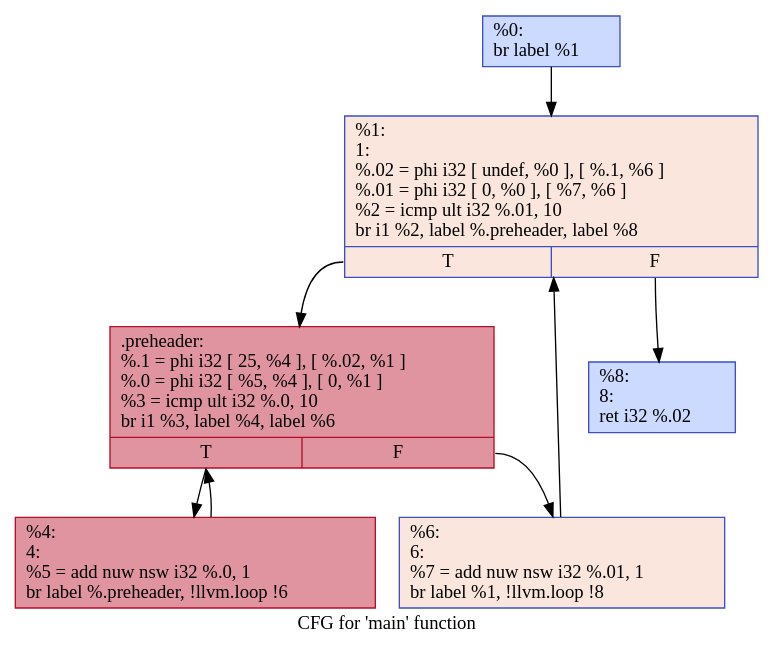
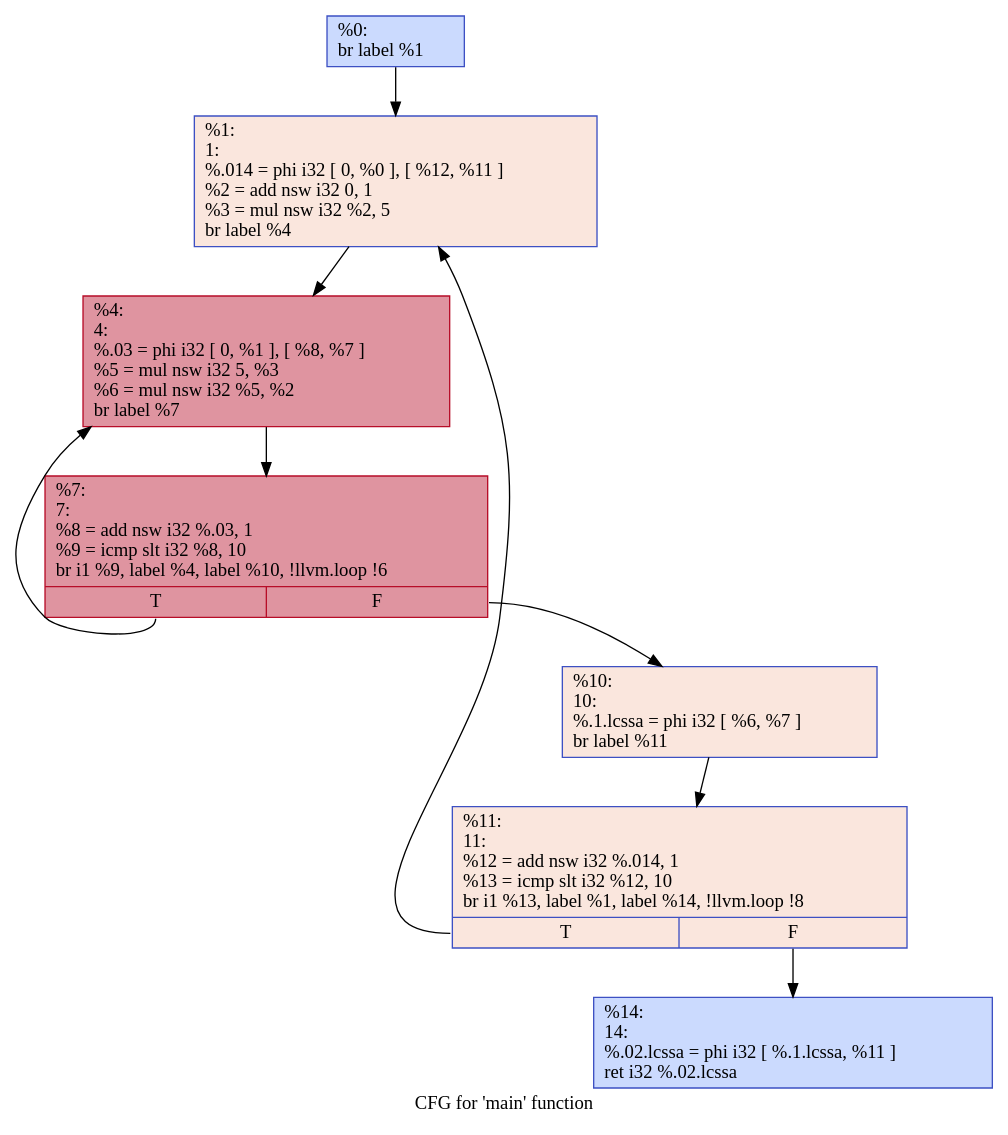
One commit to Slijeff/cs426-mp5 changed the diagram in .main.dot. Above: the diagram before and after it, drawn with Graphviz. The commit also changed 5 other files, not shown here.

```diff
--- a/.main.dot
+++ b/.main.dot
@@ -1,17 +1,19 @@
 digraph "CFG for 'main' function" {
 	label="CFG for 'main' function";
 
-	Node0x563cd5d86650 [shape=record,color="#3d50c3ff", style=filled, fillcolor="#88abfd70",label="{%0:\l  br label %1\l}"];
-	Node0x563cd5d86650 -> Node0x563cd5d87c40;
-	Node0x563cd5d87c40 [shape=record,color="#3d50c3ff", style=filled, fillcolor="#f3c7b170",label="{%1:\l1:                                                \l  %.02 = phi i32 [ undef, %0 ], [ %.1, %6 ]\l  %.01 = phi i32 [ 0, %0 ], [ %7, %6 ]\l  %2 = icmp ult i32 %.01, 10\l  br i1 %2, label %.preheader, label %8\l|{<s0>T|<s1>F}}"];
-	Node0x563cd5d87c40:s0 -> Node0x563cd5d88bc0;
-	Node0x563cd5d87c40:s1 -> Node0x563cd5d88ca0;
-	Node0x563cd5d88bc0 [shape=record,color="#b70d28ff", style=filled, fillcolor="#b70d2870",label="{.preheader:                                       \l  %.1 = phi i32 [ 25, %4 ], [ %.02, %1 ]\l  %.0 = phi i32 [ %5, %4 ], [ 0, %1 ]\l  %3 = icmp ult i32 %.0, 10\l  br i1 %3, label %4, label %6\l|{<s0>T|<s1>F}}"];
-	Node0x563cd5d88bc0:s0 -> Node0x563cd5d88e10;
-	Node0x563cd5d88bc0:s1 -> Node0x563cd5d881e0;
-	Node0x563cd5d88e10 [shape=record,color="#b70d28ff", style=filled, fillcolor="#b70d2870",label="{%4:\l4:                                                \l  %5 = add nuw nsw i32 %.0, 1\l  br label %.preheader, !llvm.loop !6\l}"];
-	Node0x563cd5d88e10 -> Node0x563cd5d88bc0;
-	Node0x563cd5d881e0 [shape=record,color="#3d50c3ff", style=filled, fillcolor="#f3c7b170",label="{%6:\l6:                                                \l  %7 = add nuw nsw i32 %.01, 1\l  br label %1, !llvm.loop !8\l}"];
-	Node0x563cd5d881e0 -> Node0x563cd5d87c40;
-	Node0x563cd5d88ca0 [shape=record,color="#3d50c3ff", style=filled, fillcolor="#88abfd70",label="{%8:\l8:                                                \l  ret i32 %.02\l}"];
+	Node0x56335d89b6e0 [shape=record,color="#3d50c3ff", style=filled, fillcolor="#88abfd70",label="{%0:\l  br label %1\l}"];
+	Node0x56335d89b6e0 -> Node0x56335d89ccd0;
+	Node0x56335d89ccd0 [shape=record,color="#3d50c3ff", style=filled, fillcolor="#f3c7b170",label="{%1:\l1:                                                \l  %.014 = phi i32 [ 0, %0 ], [ %12, %11 ]\l  %2 = add nsw i32 0, 1\l  %3 = mul nsw i32 %2, 5\l  br label %4\l}"];
+	Node0x56335d89ccd0 -> Node0x56335d89d6d0;
+	Node0x56335d89d6d0 [shape=record,color="#b70d28ff", style=filled, fillcolor="#b70d2870",label="{%4:\l4:                                                \l  %.03 = phi i32 [ 0, %1 ], [ %8, %7 ]\l  %5 = mul nsw i32 5, %3\l  %6 = mul nsw i32 %5, %2\l  br label %7\l}"];
+	Node0x56335d89d6d0 -> Node0x56335d89d820;
+	Node0x56335d89d820 [shape=record,color="#b70d28ff", style=filled, fillcolor="#b70d2870",label="{%7:\l7:                                                \l  %8 = add nsw i32 %.03, 1\l  %9 = icmp slt i32 %8, 10\l  br i1 %9, label %4, label %10, !llvm.loop !6\l|{<s0>T|<s1>F}}"];
+	Node0x56335d89d820:s0 -> Node0x56335d89d6d0;
+	Node0x56335d89d820:s1 -> Node0x56335d89d7d0;
+	Node0x56335d89d7d0 [shape=record,color="#3d50c3ff", style=filled, fillcolor="#f3c7b170",label="{%10:\l10:                                               \l  %.1.lcssa = phi i32 [ %6, %7 ]\l  br label %11\l}"];
+	Node0x56335d89d7d0 -> Node0x56335d89d420;
+	Node0x56335d89d420 [shape=record,color="#3d50c3ff", style=filled, fillcolor="#f3c7b170",label="{%11:\l11:                                               \l  %12 = add nsw i32 %.014, 1\l  %13 = icmp slt i32 %12, 10\l  br i1 %13, label %1, label %14, !llvm.loop !8\l|{<s0>T|<s1>F}}"];
+	Node0x56335d89d420:s0 -> Node0x56335d89ccd0;
+	Node0x56335d89d420:s1 -> Node0x56335d89e860;
+	Node0x56335d89e860 [shape=record,color="#3d50c3ff", style=filled, fillcolor="#88abfd70",label="{%14:\l14:                                               \l  %.02.lcssa = phi i32 [ %.1.lcssa, %11 ]\l  ret i32 %.02.lcssa\l}"];
 }
```
